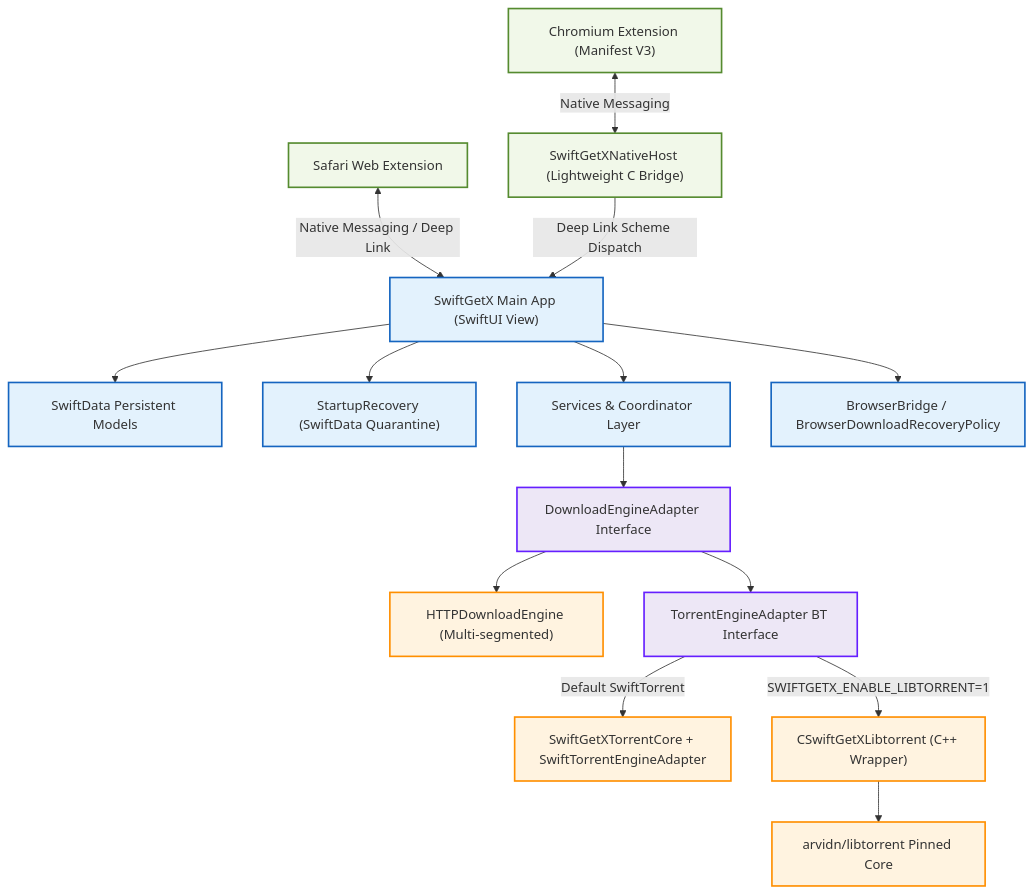
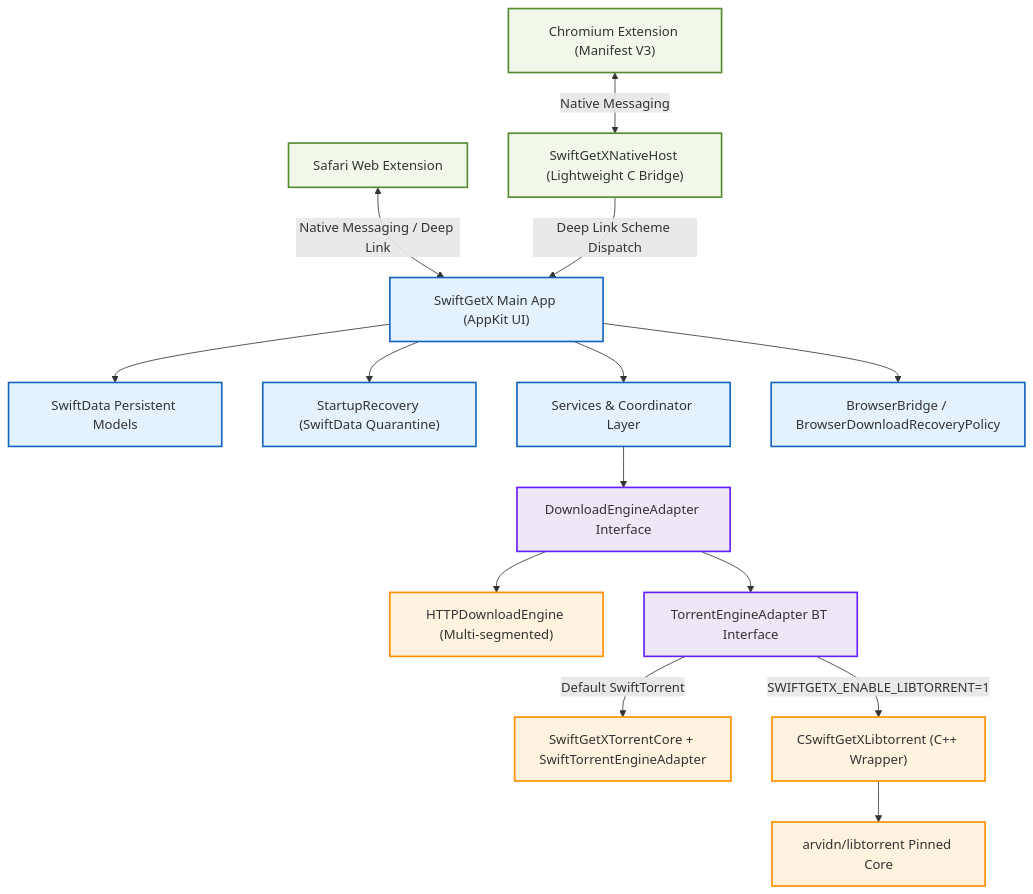
The diagram in README.en.md (vancehuds/SwiftGetX), drawn with Mermaid before and after one commit. The commit also changed other lines of this file and 18 other files, not shown here.

First line of the commit message:
Migrate UI from SwiftUI to AppKit

````diff
--- a/README.en.md
+++ b/README.en.md
@@ -77,36 +77,36 @@
 ```mermaid
 graph TD
     classDef main fill:#E3F2FD,stroke:#1565C0,stroke-width:2px;
     classDef browser fill:#F1F8E9,stroke:#558B2F,stroke-width:2px;
     classDef core fill:#EDE7F6,stroke:#651FFF,stroke-width:2px;
     classDef engine fill:#FFF3E0,stroke:#FF8F00,stroke-width:2px;
     
     Chrome["Chromium Extension (Manifest V3)"]:::browser
     Safari["Safari Web Extension"]:::browser
     NativeHost["SwiftGetXNativeHost (Lightweight C Bridge)"]:::browser
-    MainApp["SwiftGetX Main App (SwiftUI View)"]:::main
+    MainApp["SwiftGetX Main App (AppKit UI)"]:::main
     Models["SwiftData Persistent Models"]:::main
     StartupRecovery["StartupRecovery (SwiftData Quarantine)"]:::main
     Coordinator["Services & Coordinator Layer"]:::main
     BrowserBridge["BrowserBridge / BrowserDownloadRecoveryPolicy"]:::main
     Adapter["DownloadEngineAdapter Interface"]:::core
     HTTPEngine["HTTPDownloadEngine (Multi-segmented)"]:::engine
     TorrentAdapter["TorrentEngineAdapter BT Interface"]:::core
     SwiftTorrent["SwiftGetXTorrentCore + SwiftTorrentEngineAdapter"]:::engine
     LibtorrentWrapper["CSwiftGetXLibtorrent (C++ Wrapper)"]:::engine
     Libtorrent["arvidn/libtorrent Pinned Core"]:::engine
 
     Chrome <-->|"Native Messaging"| NativeHost
     Safari <-->|"Native Messaging / Deep Link"| MainApp
     NativeHost -->|"Deep Link Scheme Dispatch"| MainApp
     MainApp --> Models
     MainApp --> StartupRecovery
     MainApp --> Coordinator
     MainApp --> BrowserBridge
     Coordinator --> Adapter
     Adapter --> HTTPEngine
     Adapter --> TorrentAdapter
     TorrentAdapter -->|"Default SwiftTorrent"| SwiftTorrent
     TorrentAdapter -->|"SWIFTGETX_ENABLE_LIBTORRENT=1"| LibtorrentWrapper
     LibtorrentWrapper --> Libtorrent
 ```
````
